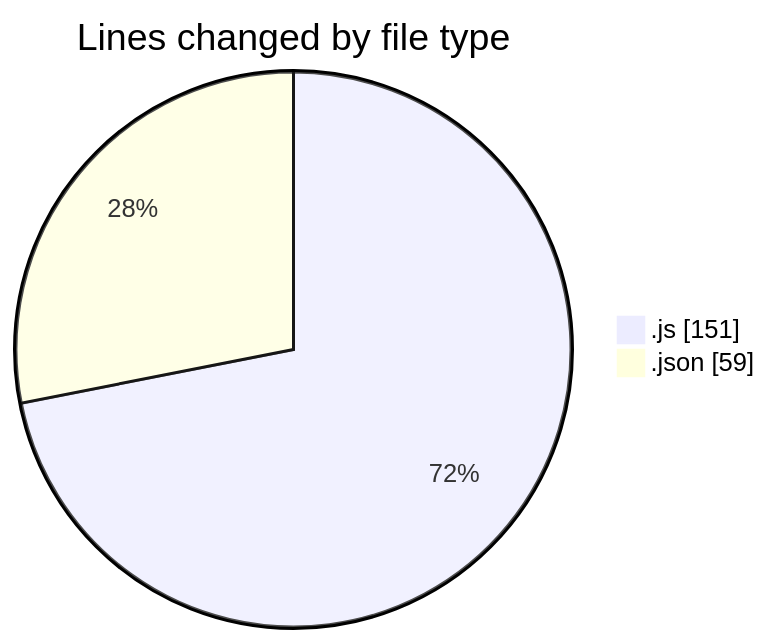
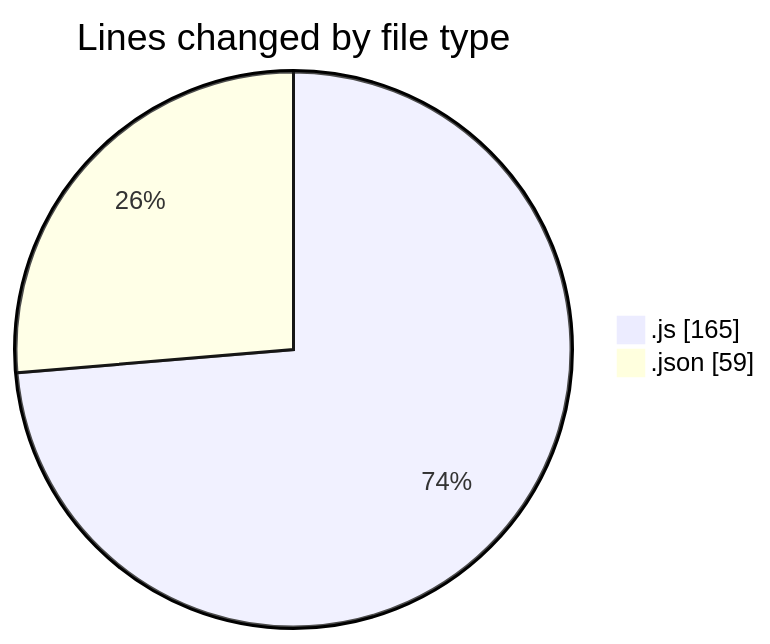
Before and after one commit to Ritupan-Deka/code-tracking: the first of 2 diagrams in 2025-07-02/mern-thinkboard/README.md, drawn with Mermaid. The commit also changed other lines of this file and 1 other file, not shown here.

````diff
--- a/2025-07-02/mern-thinkboard/README.md
+++ b/2025-07-02/mern-thinkboard/README.md
@@ -23,6 +24,6 @@
 ```mermaid
 pie showData
 title Lines changed by file type
-".js" : 151
+".js" : 165
 ".json" : 59
 ```
````
